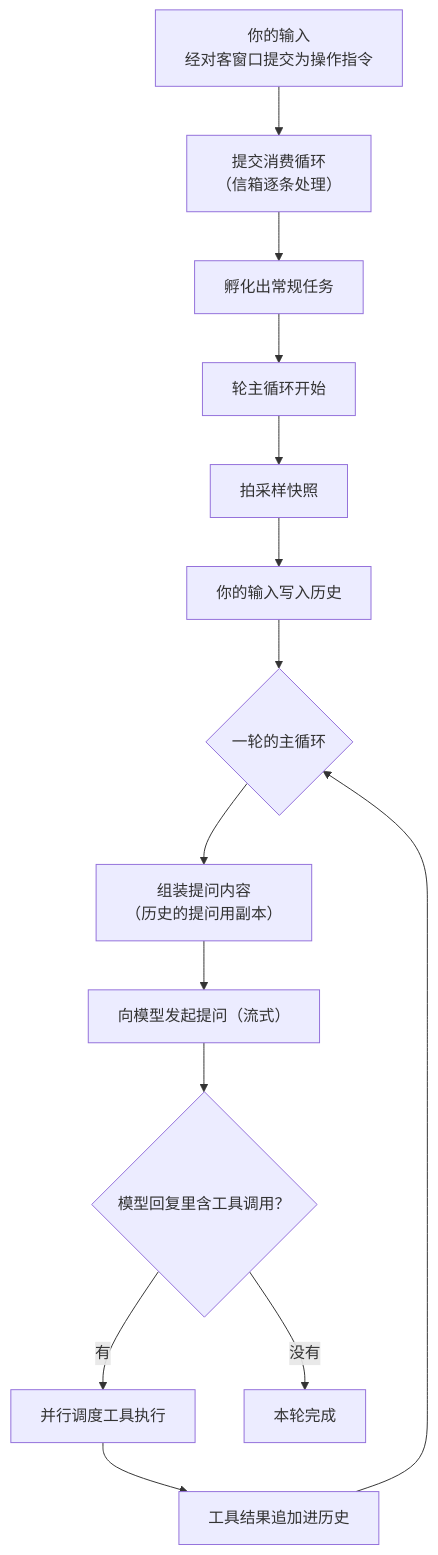
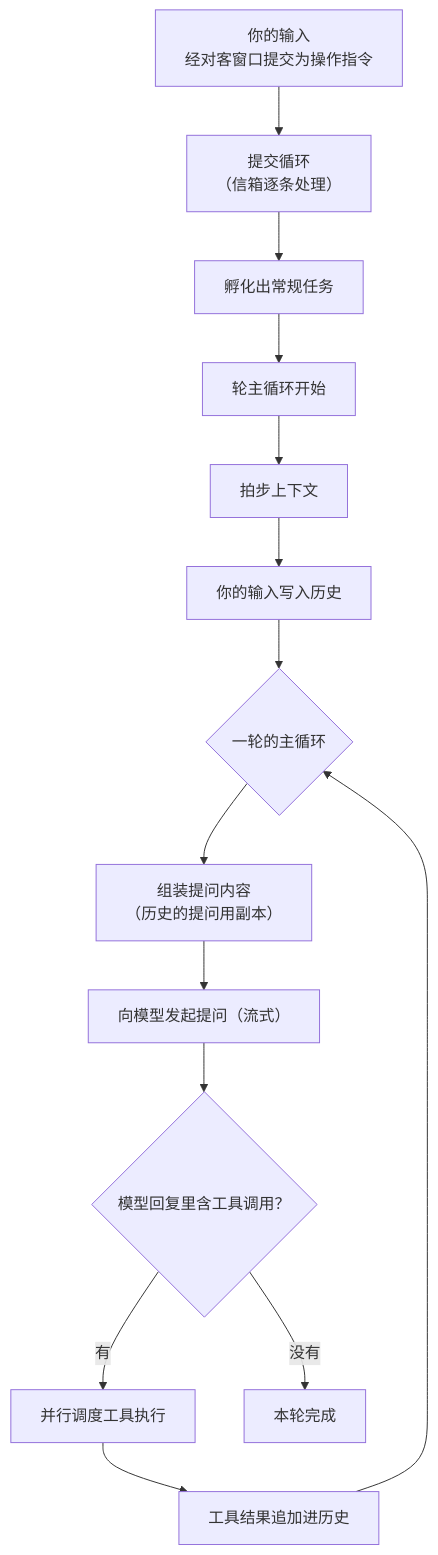
The second of 3 diagrams in src/part3/agent-core.md (13927/codex-book), drawn with Mermaid before and after one commit. The commit also changed other lines of this file and 10 other files, not shown here.

````diff
--- a/src/part3/agent-core.md
+++ b/src/part3/agent-core.md
@@ -86,16 +86,16 @@
 ```mermaid
 flowchart TD
-    A["你的输入<br/>经对客窗口提交为操作指令"] --> B["提交消费循环<br/>（信箱逐条处理）"]
+    A["你的输入<br/>经对客窗口提交为操作指令"] --> B["提交循环<br/>（信箱逐条处理）"]
     B --> C["孵化出常规任务"]
     C --> D["轮主循环开始"]
-    D --> E["拍采样快照"]
+    D --> E["拍步上下文"]
     E --> F["你的输入写入历史"]
     F --> G{"一轮的主循环"}
     G --> H["组装提问内容<br/>（历史的提问用副本）"]
     H --> I["向模型发起提问（流式）"]
     I --> J{"模型回复里含工具调用？"}
     J -- "有" --> K["并行调度工具执行"]
     K --> L["工具结果追加进历史"]
     L --> G
     J -- "没有" --> M["本轮完成"]
 ```
````
